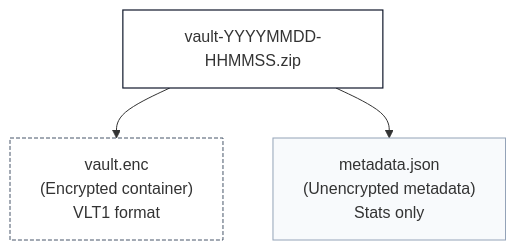
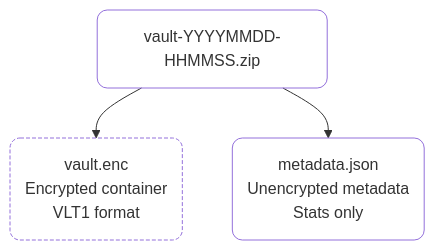
The eighth of 8 diagrams in SECURITY_ANALYSIS.md (motebaya/vault-app-mobile), drawn with Mermaid before and after one commit. The commit also changed other lines of this file, not shown here.

````diff
--- a/SECURITY_ANALYSIS.md
+++ b/SECURITY_ANALYSIS.md
@@ -752,17 +752,13 @@
 ```mermaid
 flowchart TD
-    ZIP["vault-YYYYMMDD-HHMMSS.zip"]
+    ZIP("vault-YYYYMMDD-HHMMSS.zip")
 
-    ZIP --> ENC["vault.enc<br/>(Encrypted container)<br/>VLT1 format"]
-    ZIP --> META["metadata.json<br/>(Unencrypted metadata)<br/>Stats only"]
+    ZIP --> ENC("vault.enc<br/>Encrypted container<br/>VLT1 format")
+    ZIP --> META("metadata.json<br/>Unencrypted metadata<br/>Stats only")
 
-    %% subtle github-style look
-    classDef container fill:#ffffff,stroke:#0f172a,stroke-width:1.2px
-    classDef encrypted fill:#ffffff,stroke:#475569,stroke-dasharray:4 2
-    classDef meta fill:#f8fafc,stroke:#94a3b8,stroke-width:1px
+    style ZIP fill:none,rx:10,ry:10
+    style ENC fill:none,stroke-dasharray:4 2,rx:10,ry:10
+    style META fill:none,rx:10,ry:10
 
-    class ZIP container
-    class ENC encrypted
-    class META meta
 
 ```
````
